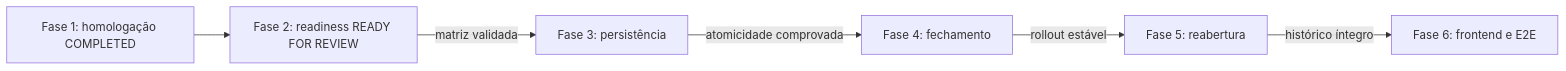
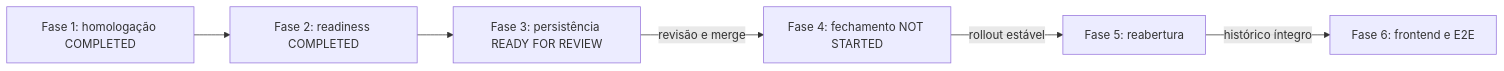
The diagram in docs/project-management/ETP-014_IMPLEMENTATION_PLAN.md (GuilhermeEstrelaDEV/dp-system), drawn with Mermaid before and after one commit. The commit also changed other lines of this file and 8 other files, not shown here.

````diff
--- a/docs/project-management/ETP-014_IMPLEMENTATION_PLAN.md
+++ b/docs/project-management/ETP-014_IMPLEMENTATION_PLAN.md
@@ -317,8 +317,8 @@
 ```mermaid
 flowchart LR
-    F1[Fase 1: homologação COMPLETED] --> F2[Fase 2: readiness READY FOR REVIEW]
-    F2 -->|matriz validada| F3[Fase 3: persistência]
-    F3 -->|atomicidade comprovada| F4[Fase 4: fechamento]
+    F1[Fase 1: homologação COMPLETED] --> F2[Fase 2: readiness COMPLETED]
+    F2 --> F3[Fase 3: persistência READY FOR REVIEW]
+    F3 -->|revisão e merge| F4[Fase 4: fechamento NOT STARTED]
     F4 -->|rollout estável| F5[Fase 5: reabertura]
     F5 -->|histórico íntegro| F6[Fase 6: frontend e E2E]
 ```
````
